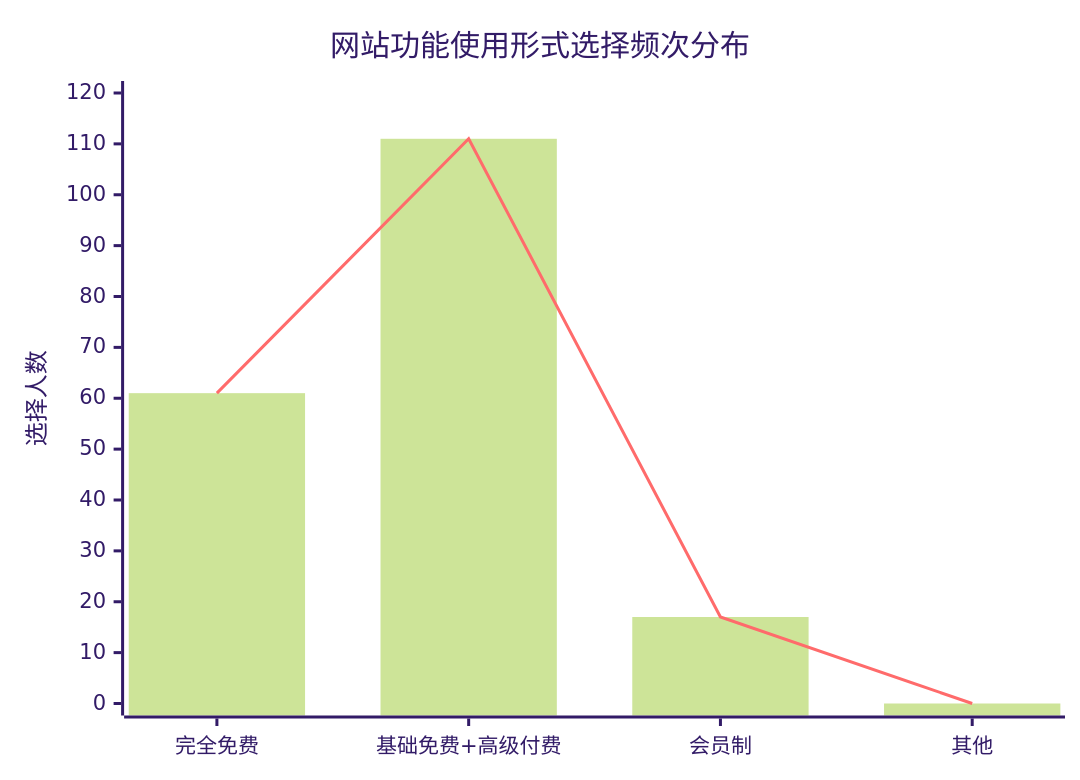
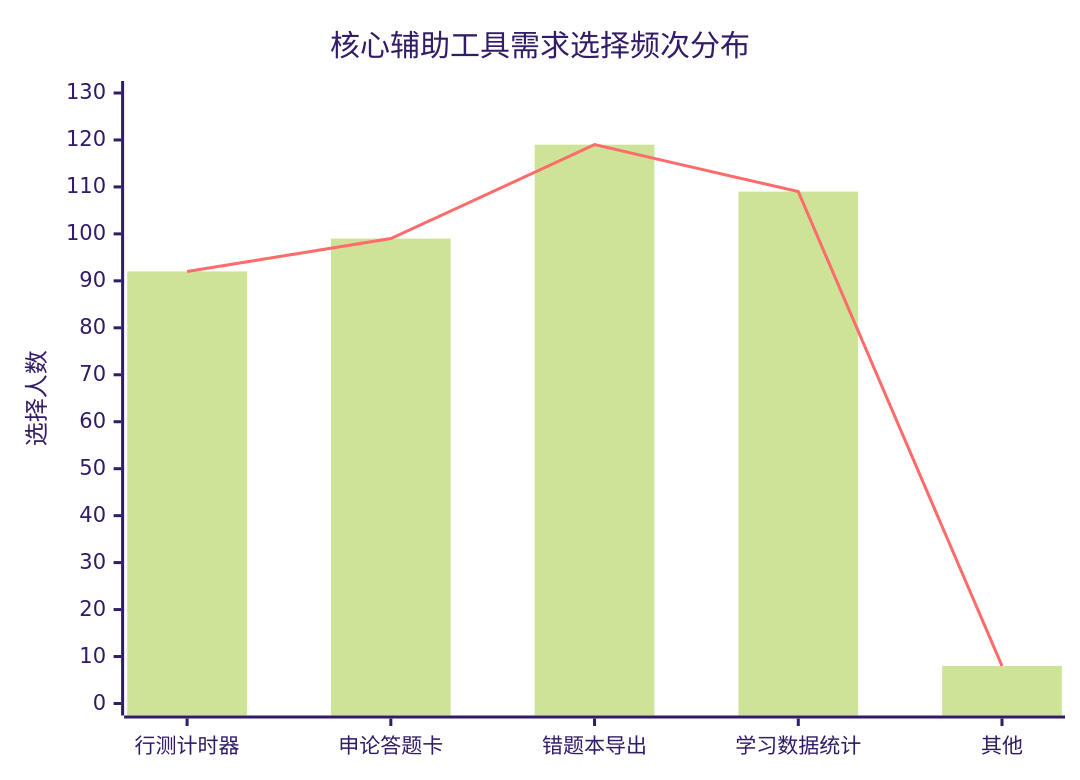
The diagram in all/未命名.md (SDH2333/iodraw-files), drawn with Mermaid (forest theme) before and after one commit.

Commit message:
2026-01-07 16:15:50 update

````diff
--- a/all/未命名.md
+++ b/all/未命名.md
@@ -1,8 +1,8 @@
 ```mermaid
 xychart-beta
-    title "网站功能使用形式选择频次分布"
-    x-axis ["完全免费", "基础免费+高级付费", "会员制", "其他"]
-    y-axis "选择人数" 0 --> 120
-    bar [61, 111, 17, 0]
-    line [61, 111, 17, 0]
+    title "核心辅助工具需求选择频次分布"
+    x-axis ["行测计时器", "申论答题卡", "错题本导出", "学习数据统计", "其他"]
+    y-axis "选择人数" 0 --> 130
+    bar [92, 99, 119, 109, 8]
+    line [92, 99, 119, 109, 8]
 ```
````
